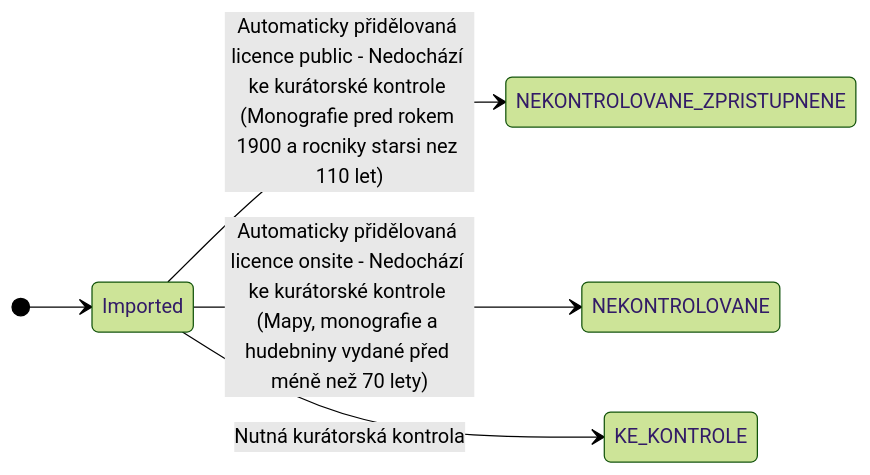
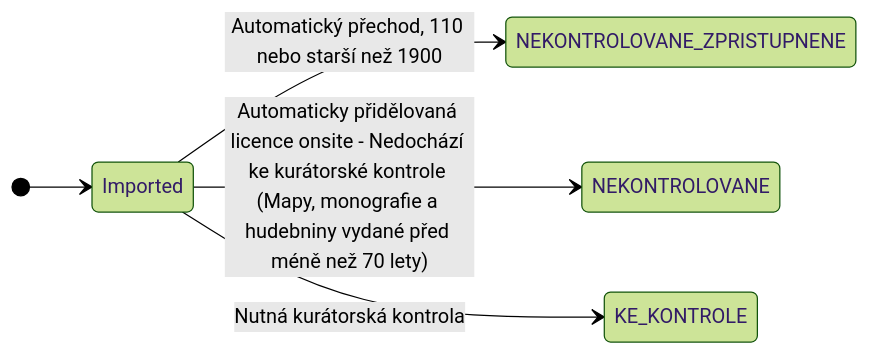
One commit to ceskaexpedice/kapp changed the diagram in README.md. Above: the diagram before and after it, drawn with Mermaid (forest theme).

````diff
--- a/README.md
+++ b/README.md
@@ -8,26 +8,26 @@
 ```mermaid
 stateDiagram-v2
     direction LR
 
     state Imported <<start>>
     state Konec <<end>>
 
     state NEKONTROLOVANÉ_ZPŘÍSTUPNĚNÉ : Automaticky přidělovaná licence public - Nedochází ke kurátorské kontrole (Monografie pred rokem 1900 a rocniky starsi nez 110 let)
     state NEKONTROLOVANÉ : Automaticky přidělovaná licence onsite - Nedochází ke kurátorské kontrole (Mapy, monografie a hudebniny vydané před méně než 70 lety)
     state KE_KONTROLE : Nutná kurátorská kontrola
 
     state KONTROLOVANÉ_VOLNÉ : Public (Volné AP)
     state KONTROLOVANÉ_NEVEŘEJNÉ : Private (Běží AP, s rozhodným rokem)
     state KONTROLOVANÉ_NEZNÁMÉ : Private (Neznámý stav AP)
     state KONTROLOVANÉ_NEZNÁMÉ_ZPŘÍSTUPNĚNÉ : Public (Neznámé AP, ale zpřístupněno)
     state KONTROLOVANÉ_NEVEŘEJNÉ_LICENCE : Public/Private (Neveřejné, ale s licencí)
     state KONTROLOVANÉ_BEZ_AP : Public (Dílo bez AP)
     state KONTROLOVANÉ_ZNEPŘÍSTUPNĚNÉ : Private (Znepřístupněno)
 
     %% Pocatecni prechody 
     [*] --> Imported
-    Imported --> NEKONTROLOVANE_ZPRISTUPNENE : Automaticky přidělovaná licence public - Nedochází ke kurátorské kontrole (Monografie pred rokem 1900 a rocniky starsi nez 110 let)
+    Imported --> NEKONTROLOVANE_ZPRISTUPNENE : Automatický přechod, 110 nebo starší než 1900 
     Imported --> NEKONTROLOVANE : Automaticky přidělovaná licence onsite - Nedochází ke kurátorské kontrole (Mapy, monografie a hudebniny vydané před méně než 70 lety)
     Imported --> KE_KONTROLE : Nutná kurátorská kontrola
 
 ```
````
